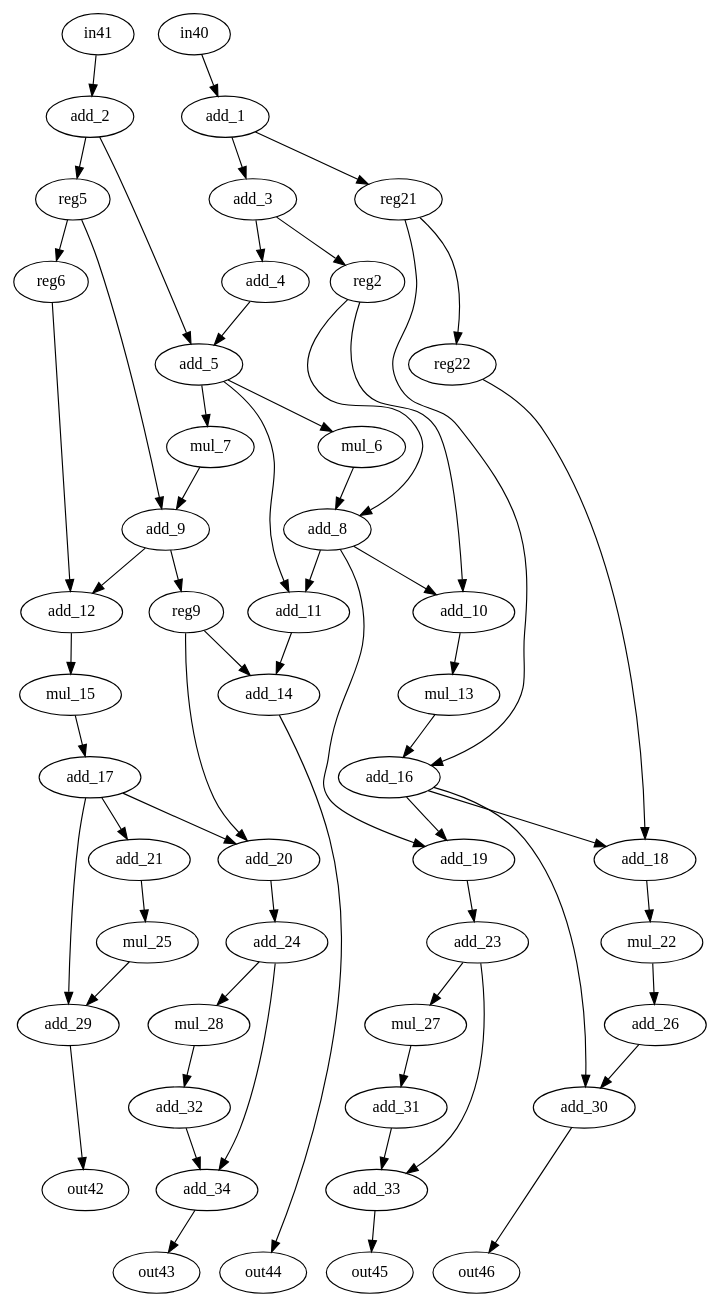
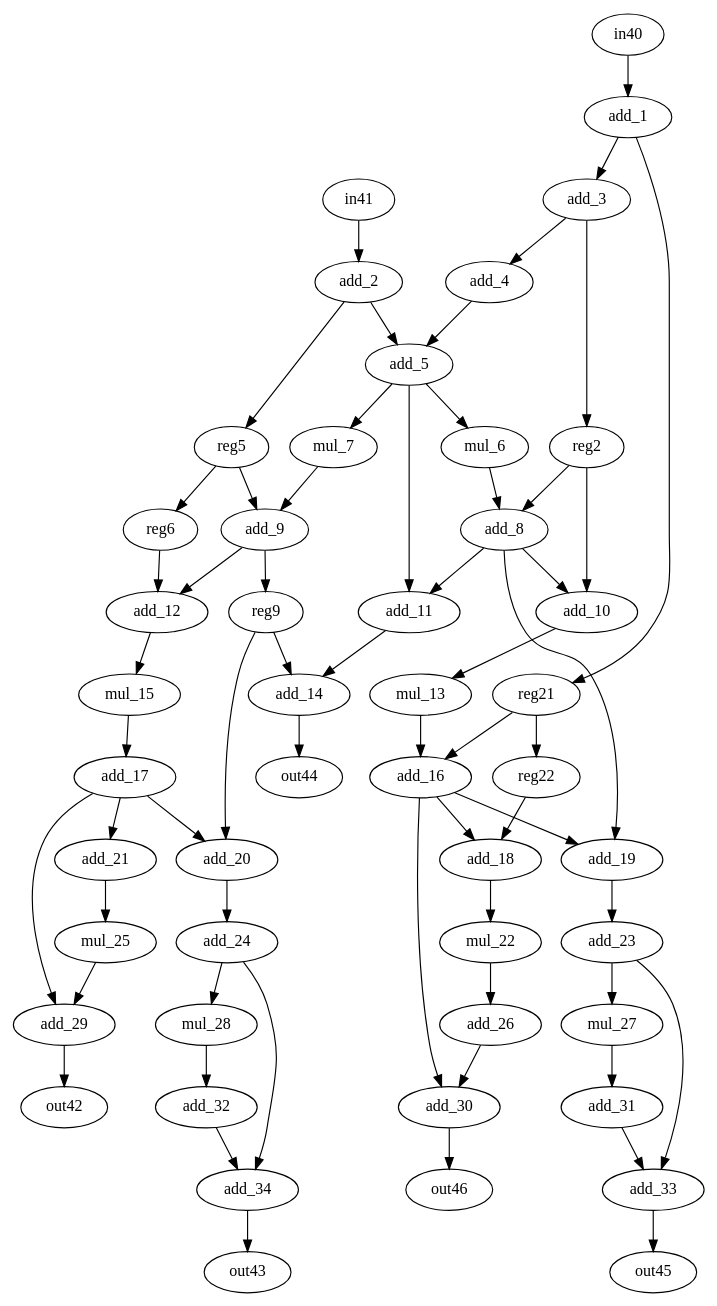
Before and after one commit to jeronimopenha/traversal_project: the diagram in bench/m_bench/dac/ewf.dot, drawn with Graphviz. The commit also changed 5 other files, not shown here.

```diff
--- a/bench/m_bench/dac/ewf.dot
+++ b/bench/m_bench/dac/ewf.dot
@@ -1,110 +1,110 @@
 digraph ewf {
     0 [label = add_1 op = addi value = 2 ] ;
     1 [label = add_2 op = addi value = 2 ] ;
     2 [label = add_3 op = addi value = 2 ] ;
     3 [label = add_4 op = addi value = 2 ] ;
     4 [label = add_5 op = add ] ;
     5 [label = mul_6 op = muli value = 2 ] ;
     6 [label = mul_7 op = muli value = 2 ] ;
     7 [label = add_8 op = add ] ;
     8 [label = add_9 op = add ] ;
     9 [label = add_10 op = add ];
     10 [label = add_11 op = add ];
     11 [label = add_12 op = add ];
     12 [label = mul_13 op = muli value = 2 ];
     13 [label = add_14 op = add ] ;
     14 [label = mul_15 op = muli value = 2 ];
     15 [label = add_16 op = add ] ;
     16 [label = add_17 op = addi value = 2 ];
     17 [label = add_18 op = add ] ;
     18 [label = add_19 op = add ] ;
     19 [label = add_20 op = add ] ;
     20 [label = add_21 op = addi value = 2 ];
     21 [label = mul_22 op = muli value = 2 ];
     22 [label = add_23 op = addi value = 2 ];
     23 [label = add_24 op = addi value = 2 ];
     24 [label = mul_25 op = muli value = 2 ];
     25 [label = add_26 op = addi value = 2 ];
     26 [label = mul_27 op = muli value = 2 ];
     27 [label = mul_28 op = muli value = 2 ];
     28 [label = add_29 op = add ] ;
     29 [label = add_30 op = add ] ;
     30 [label = add_31 op = addi value = 2 ];
     31 [label = add_32 op = addi value = 2 ];
     32 [label = add_33 op = add ];
     33 [label = add_34 op = add ];
     34 [label = reg21 op = reg ] ;
     35 [label = reg22 op = reg ] ;
     36 [label = reg5 op = reg ] ;
     37 [label = reg6 op = reg ] ;
     38 [label = reg2 op = reg ] ;
     39 [label = reg9 op = reg ] ;
     40 [label = in40 op = in ] ;
     41 [label = in41 op = in ] ;
     42 [label = out42 op = out ] ;
     43 [label = out43 op = out ] ;
     44 [label = out44 op = out ] ;
     45 [label = out45 op = out ] ;
     46 [label = out46 op = out ] ;
     
-    28 -> 42 [port = 0  weight = 0 ] ;
-    33 -> 43 [port = 0  weight = 0 ] ;
-    13 -> 44 [port = 0  weight = 0 ] ;
-    32 -> 45 [port = 0  weight = 0 ] ;
-    29 -> 46 [port = 0  weight = 0 ] ;
-    40 -> 0 [port = 0  weight = 0 ] ;
-    41 -> 1 [port = 0  weight = 0 ] ;
-    0 -> 2 [port = 0  weight = 0 ] ;
-    2 -> 3 [port = 0  weight = 0 ] ;
-    1 -> 4 [port = 0  weight = 0 ] ;
-    3 -> 4 [port = 1  weight = 0 ] ;
-    4 -> 5 [port = 0  weight = 0 ] ;
-    4 -> 6 [port = 0  weight = 0 ] ;
-    38 -> 7 [port = 0  weight = 0 ] ;
-    5 -> 7 [port = 1  weight = 0 ] ;
-    36 -> 8 [port = 0  weight = 0 ] ;
-    6 -> 8 [port = 1  weight = 0 ] ;
-    38 -> 9 [port = 0  weight = 0 ] ;
-    7 -> 9 [port = 1  weight = 0 ] ;
-    4 -> 10 [port = 0  weight = 0 ];
-    7 -> 10 [port = 1  weight = 0 ];
-    37 -> 11 [port = 0  weight = 0 ] ;
-    8 -> 11 [port = 1  weight = 0 ] ;
-    9 -> 12 [port = 0  weight = 0 ] ;
-    39 -> 13 [port = 0  weight = 0 ] ;
-    10 -> 13 [port = 1  weight = 0 ] ;
-    11 -> 14 [port = 0  weight = 0 ] ;
-    34 -> 15 [port = 0  weight = 0 ] ;
-    12 -> 15 [port = 1  weight = 0 ] ;
-    14 -> 16 [port = 0  weight = 0 ] ;
-    35 -> 17 [port = 0  weight = 0 ] ;
-    15 -> 17 [port = 1  weight = 0 ] ;
-    7 -> 18 [port = 0  weight = 0 ] ;
-    15 -> 18 [port = 1  weight = 0 ] ;
-    39 -> 19 [port = 0  weight = 0 ] ;
-    16 -> 19 [port = 1  weight = 0 ] ;
-    16 -> 20 [port = 0  weight = 0 ] ;
-    17 -> 21 [port = 0  weight = 0 ] ;
-    18 -> 22 [port = 0  weight = 0 ] ;
-    19 -> 23 [port = 0  weight = 0 ] ;
-    20 -> 24 [port = 0  weight = 0 ] ;
-    21 -> 25 [port = 0  weight = 0 ] ;
-    22 -> 26 [port = 0  weight = 0 ] ;
-    23 -> 27 [port = 0  weight = 0 ] ;
-    16 -> 28 [port = 0  weight = 0 ] ;
-    24 -> 28 [port = 1  weight = 0 ] ;
-    15 -> 29 [port = 0  weight = 0 ] ;
-    25 -> 29 [port = 1  weight = 0 ] ;
-    26 -> 30 [port = 0  weight = 0 ] ;
-    27 -> 31 [port = 0  weight = 0 ] ;
-    22 -> 32 [port = 0  weight = 0 ] ;
-    30 -> 32 [port = 1  weight = 0 ] ;
-    23 -> 33 [port = 0  weight = 0 ] ;
-    31 -> 33 [port = 1  weight = 0 ] ;
-    0 -> 34 [port = 0  weight = 0 ] ;
-    34 -> 35 [port = 0  weight = 0 ] ;
-    1 -> 36 [port = 0  weight = 0 ] ;
-    36 -> 37 [port = 0  weight = 0 ] ;
-    2 -> 38 [port = 0  weight = 0 ] ;
-    8 -> 39 [port = 0  weight = 0 ] ;
+    28 -> 42 [port = 0  w = 0 ] ;
+    33 -> 43 [port = 0  w = 0 ] ;
+    13 -> 44 [port = 0  w = 0 ] ;
+    32 -> 45 [port = 0  w = 0 ] ;
+    29 -> 46 [port = 0  w = 0 ] ;
+    40 -> 0 [port = 0  w = 0 ] ;
+    41 -> 1 [port = 0  w = 0 ] ;
+    0 -> 2 [port = 0  w = 0 ] ;
+    2 -> 3 [port = 0  w = 0 ] ;
+    1 -> 4 [port = 0  w = 0 ] ;
+    3 -> 4 [port = 1  w = 0 ] ;
+    4 -> 5 [port = 0  w = 0 ] ;
+    4 -> 6 [port = 0  w = 0 ] ;
+    38 -> 7 [port = 0  w = 0 ] ;
+    5 -> 7 [port = 1  w = 0 ] ;
+    36 -> 8 [port = 0  w = 0 ] ;
+    6 -> 8 [port = 1  w = 0 ] ;
+    38 -> 9 [port = 0  w = 0 ] ;
+    7 -> 9 [port = 1  w = 0 ] ;
+    4 -> 10 [port = 0  w = 0 ];
+    7 -> 10 [port = 1  w = 0 ];
+    37 -> 11 [port = 0  w = 0 ] ;
+    8 -> 11 [port = 1  w = 0 ] ;
+    9 -> 12 [port = 0  w = 0 ] ;
+    39 -> 13 [port = 0  w = 0 ] ;
+    10 -> 13 [port = 1  w = 0 ] ;
+    11 -> 14 [port = 0  w = 0 ] ;
+    34 -> 15 [port = 0  w = 0 ] ;
+    12 -> 15 [port = 1  w = 0 ] ;
+    14 -> 16 [port = 0  w = 0 ] ;
+    35 -> 17 [port = 0  w = 0 ] ;
+    15 -> 17 [port = 1  w = 0 ] ;
+    7 -> 18 [port = 0  w = 0 ] ;
+    15 -> 18 [port = 1  w = 0 ] ;
+    39 -> 19 [port = 0  w = 0 ] ;
+    16 -> 19 [port = 1  w = 0 ] ;
+    16 -> 20 [port = 0  w = 0 ] ;
+    17 -> 21 [port = 0  w = 0 ] ;
+    18 -> 22 [port = 0  w = 0 ] ;
+    19 -> 23 [port = 0  w = 0 ] ;
+    20 -> 24 [port = 0  w = 0 ] ;
+    21 -> 25 [port = 0  w = 0 ] ;
+    22 -> 26 [port = 0  w = 0 ] ;
+    23 -> 27 [port = 0  w = 0 ] ;
+    16 -> 28 [port = 0  w = 0 ] ;
+    24 -> 28 [port = 1  w = 0 ] ;
+    15 -> 29 [port = 0  w = 0 ] ;
+    25 -> 29 [port = 1  w = 0 ] ;
+    26 -> 30 [port = 0  w = 0 ] ;
+    27 -> 31 [port = 0  w = 0 ] ;
+    22 -> 32 [port = 0  w = 0 ] ;
+    30 -> 32 [port = 1  w = 0 ] ;
+    23 -> 33 [port = 0  w = 0 ] ;
+    31 -> 33 [port = 1  w = 0 ] ;
+    0 -> 34 [port = 0  w = 0 ] ;
+    34 -> 35 [port = 0  w = 0 ] ;
+    1 -> 36 [port = 0  w = 0 ] ;
+    36 -> 37 [port = 0  w = 0 ] ;
+    2 -> 38 [port = 0  w = 0 ] ;
+    8 -> 39 [port = 0  w = 0 ] ;
 }
```
